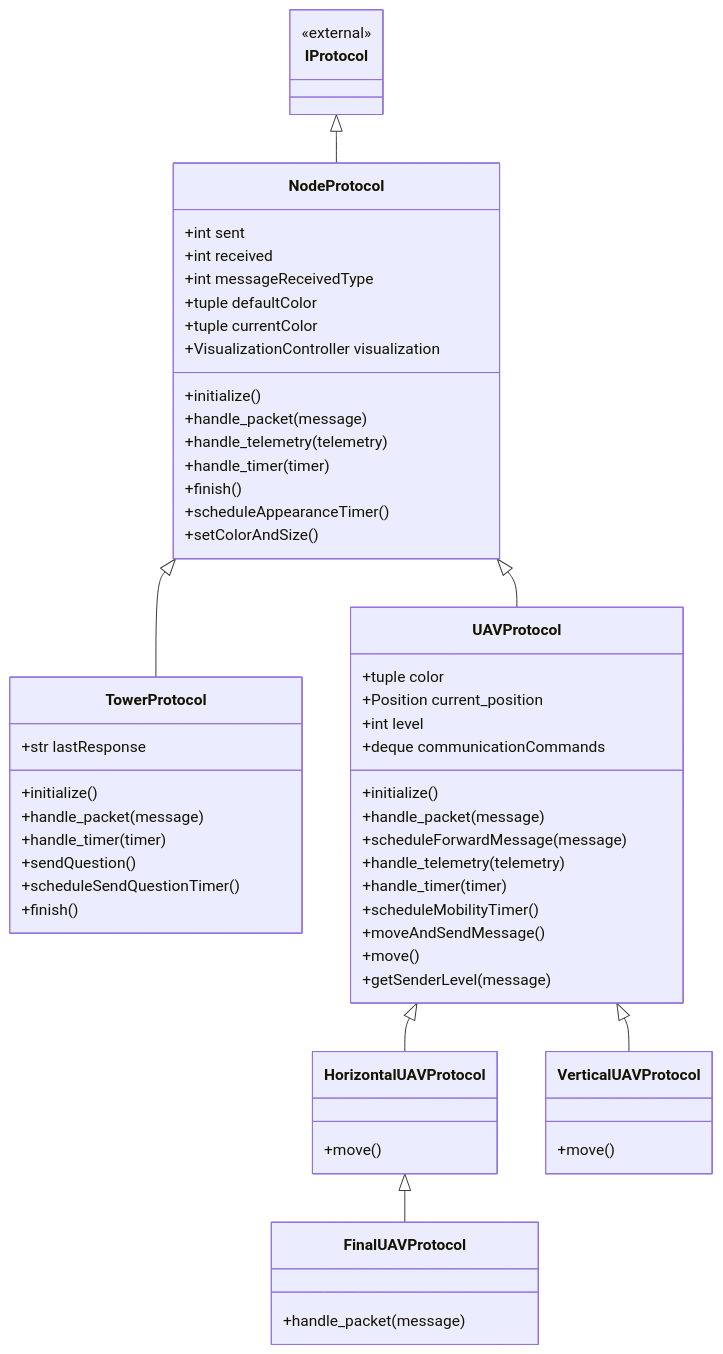
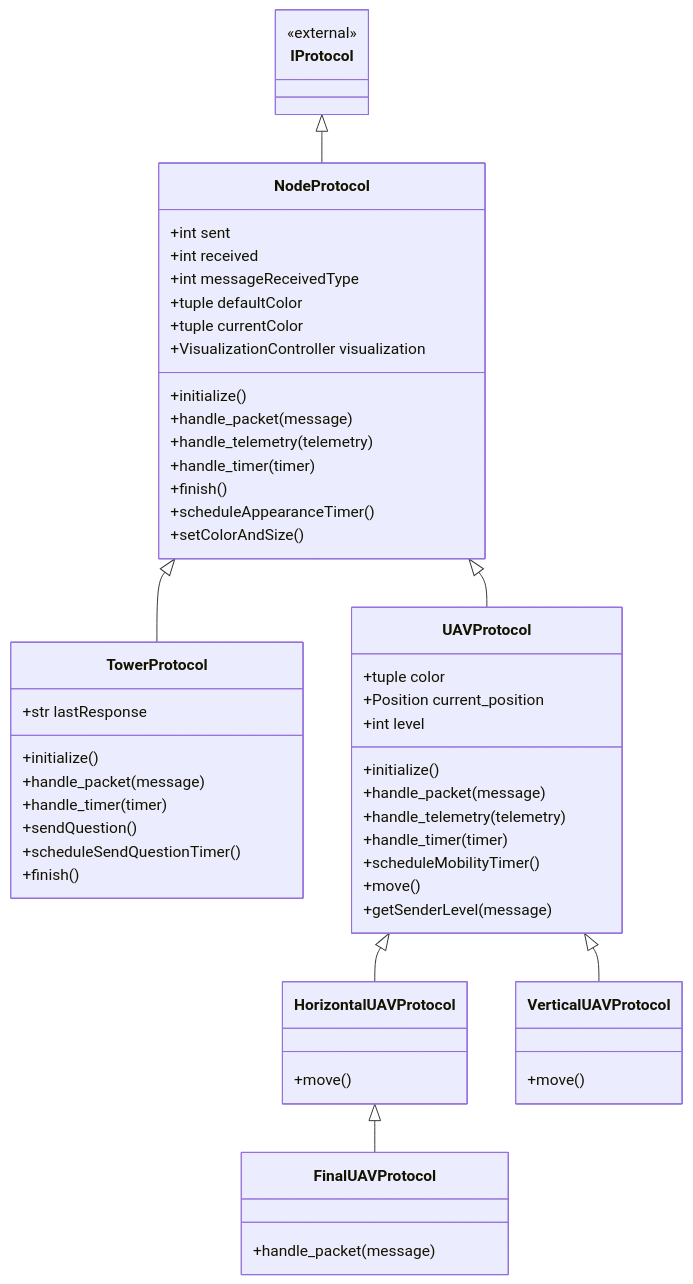
One commit to INF2541-Intro-Mobile-Ubiquous-Computing/leobarros changed the diagram in broadcast/diagrama_classes.md. Above: the diagram before and after it, drawn with Mermaid. The commit also changed other lines of this file and 1 other file, not shown here.

Commit message:
Simplificação do broadcast: agora as mensagens são enviadas imediatamente, não ficam em fila

````diff
--- a/broadcast/diagrama_classes.md
+++ b/broadcast/diagrama_classes.md
@@ -5,69 +5,66 @@
 ```mermaid
 classDiagram
     direction TB
 
     class IProtocol {
         <<external>>
     }
 
     class NodeProtocol {
         +int sent
         +int received
         +int messageReceivedType
         +tuple defaultColor
         +tuple currentColor
         +VisualizationController visualization
         +initialize()
         +handle_packet(message)
         +handle_telemetry(telemetry)
         +handle_timer(timer)
         +finish()
         +scheduleAppearanceTimer()
         +setColorAndSize()
     }
 
     class TowerProtocol {
         +str lastResponse
         +initialize()
         +handle_packet(message)
         +handle_timer(timer)
         +sendQuestion()
         +scheduleSendQuestionTimer()
         +finish()
     }
 
     class UAVProtocol {
         +tuple color
         +Position current_position
         +int level
-        +deque communicationCommands
         +initialize()
         +handle_packet(message)
-        +scheduleForwardMessage(message)
         +handle_telemetry(telemetry)
         +handle_timer(timer)
         +scheduleMobilityTimer()
-        +moveAndSendMessage()
         +move()
         +getSenderLevel(message)
     }
 
     class HorizontalUAVProtocol {
         +move()
     }
 
     class VerticalUAVProtocol {
         +move()
     }
 
     class FinalUAVProtocol {
         +handle_packet(message)
     }
 
     IProtocol <|-- NodeProtocol
     NodeProtocol <|-- TowerProtocol
     NodeProtocol <|-- UAVProtocol
     UAVProtocol <|-- HorizontalUAVProtocol
     UAVProtocol <|-- VerticalUAVProtocol
     HorizontalUAVProtocol <|-- FinalUAVProtocol
 ```
````
